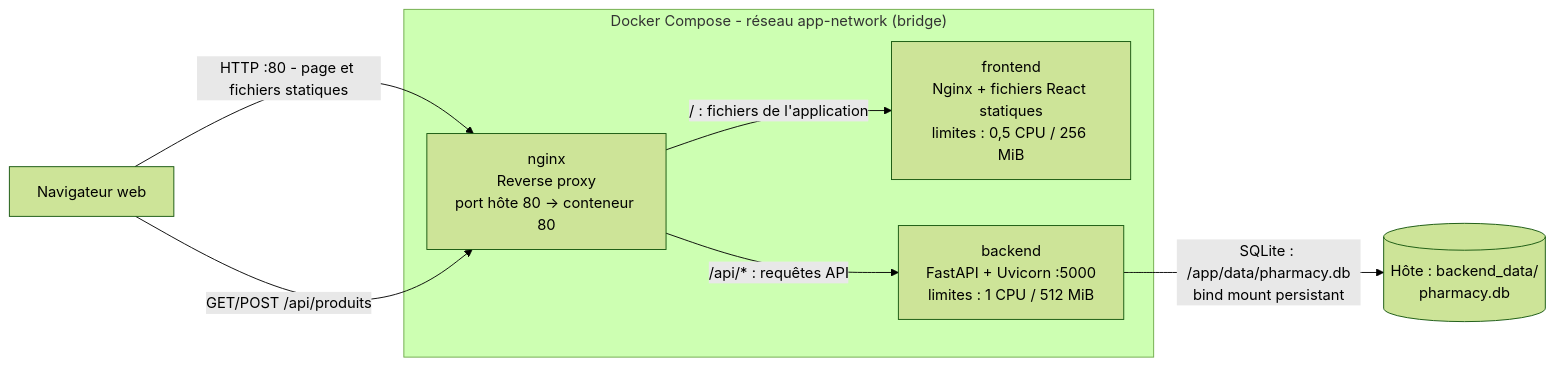
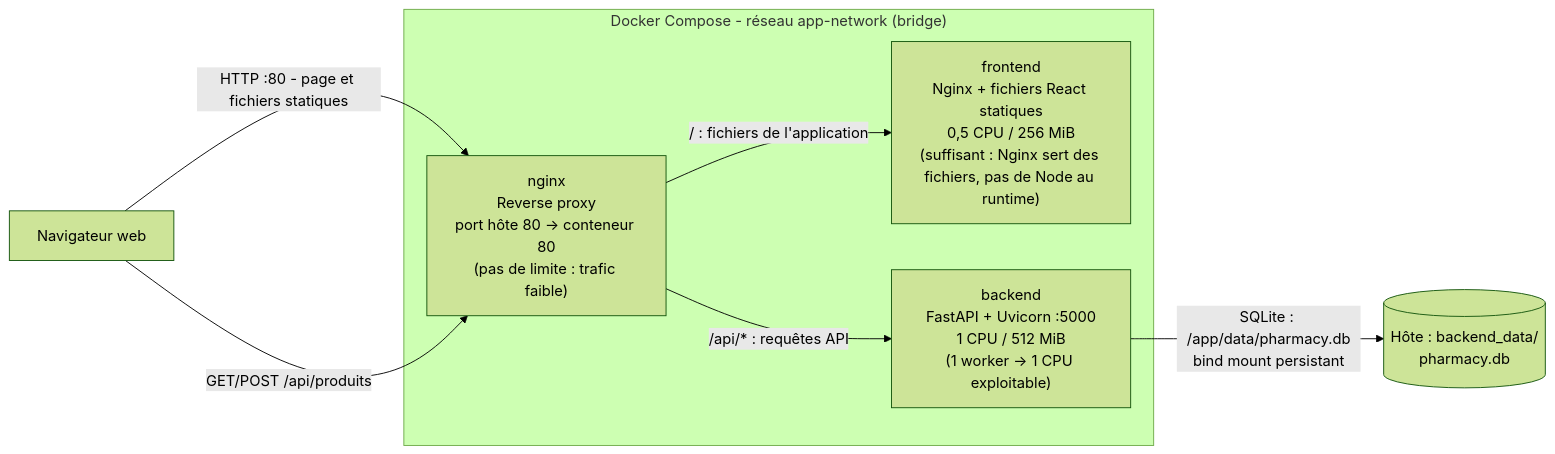
Before and after one commit to Thomas-Zabalo/TP1Docker: the diagram in README.md, drawn with Mermaid (forest theme). The commit also changed other lines of this file, not shown here.

Commit message:
Ajout explication projet + justifications des ressources

````diff
--- a/README.md
+++ b/README.md
@@ -3,19 +25,19 @@
 ```mermaid
 flowchart LR
     browser["Navigateur web"]
 
     subgraph compose["Docker Compose - réseau app-network (bridge)"]
-        nginx["nginx<br/>Reverse proxy<br/>port hôte 80 → conteneur 80"]
-        frontend["frontend<br/>Nginx + fichiers React statiques<br/>limites : 0,5 CPU / 256 MiB"]
-        backend["backend<br/>FastAPI + Uvicorn :5000<br/>limites : 1 CPU / 512 MiB"]
+        nginx["nginx<br/>Reverse proxy<br/>port hôte 80 → conteneur 80<br/>(pas de limite : trafic faible)"]
+        frontend["frontend<br/>Nginx + fichiers React statiques<br/>0,5 CPU / 256 MiB<br/>(suffisant : Nginx sert des fichiers, pas de Node au runtime)"]
+        backend["backend<br/>FastAPI + Uvicorn :5000<br/>1 CPU / 512 MiB<br/>(1 worker → 1 CPU exploitable)"]
 
         nginx -->|"/ : fichiers de l'application"| frontend
         nginx -->|"/api/* : requêtes API"| backend
     end
 
     storage[("Hôte : backend_data/<br/>pharmacy.db")]
 
     browser -->|"HTTP :80 - page et fichiers statiques"| nginx
     browser -->|"GET/POST /api/produits"| nginx
     backend -->|"SQLite : /app/data/pharmacy.db<br/>bind mount persistant"| storage
 ```
````
